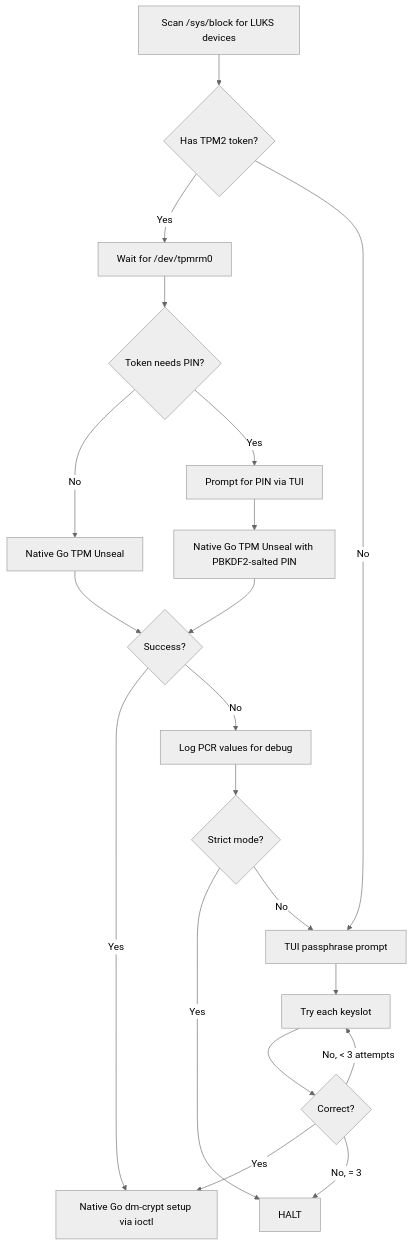
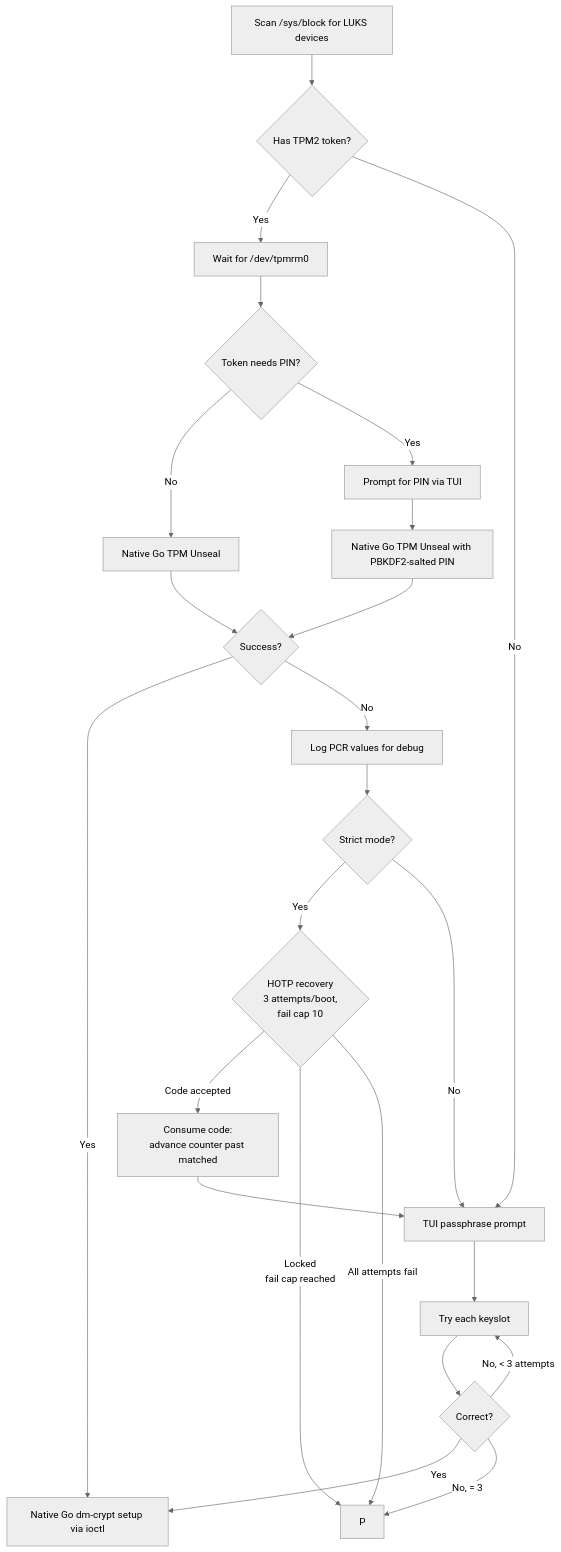
One commit to zaolin/vanguard changed the fifth of 11 diagrams in docs/boot-flow.md. Above: the diagram before and after it, drawn with Mermaid (neutral theme). The commit also changed other lines of this file and 6 other files, not shown here.

First line of the commit message:
fix: HOTP integration gaps — legacy detection, verify-consume, QEMU harness

````diff
--- a/docs/boot-flow.md
+++ b/docs/boot-flow.md
@@ -139,27 +139,32 @@
 ```mermaid
 flowchart TD
     A[Scan /sys/block for LUKS devices] --> D{Has TPM2 token?}
 
     D -->|Yes| E[Wait for /dev/tpmrm0]
     D -->|No| K
 
     E --> F{Token needs PIN?}
     F -->|No| G[Native Go TPM Unseal]
     F -->|Yes| H[Prompt for PIN via TUI]
     H --> I[Native Go TPM Unseal with PBKDF2-salted PIN]
 
     G --> J{Success?}
     I --> J
 
     J -->|Yes| L[Native Go dm-crypt setup via ioctl]
     J -->|No| M[Log PCR values for debug]
     M --> StrictCheck{Strict mode?}
-    StrictCheck -->|Yes| P[HALT]
+    StrictCheck -->|Yes| R{HOTP recovery<br/>3 attempts/boot,<br/>fail cap 10}
     StrictCheck -->|No| K[TUI passphrase prompt]
+
+    R -->|Code accepted| S[Consume code:<br/>advance counter past matched]
+    S --> K
+    R -->|Locked<br/>fail cap reached| P
+    R -->|All attempts fail| P
 
     K --> N[Try each keyslot]
     N --> O{Correct?}
     O -->|Yes| L
     O -->|No, < 3 attempts| N
     O -->|No, = 3| P
 ```
````
